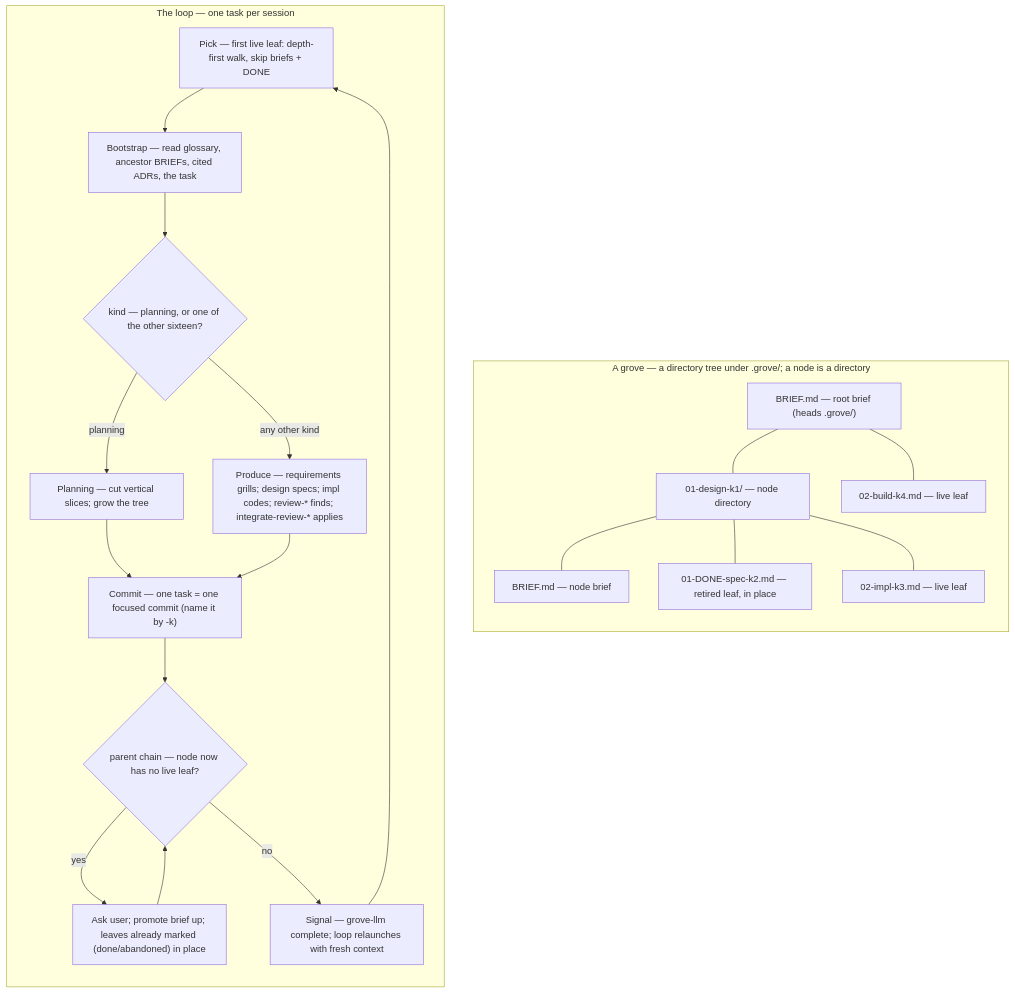
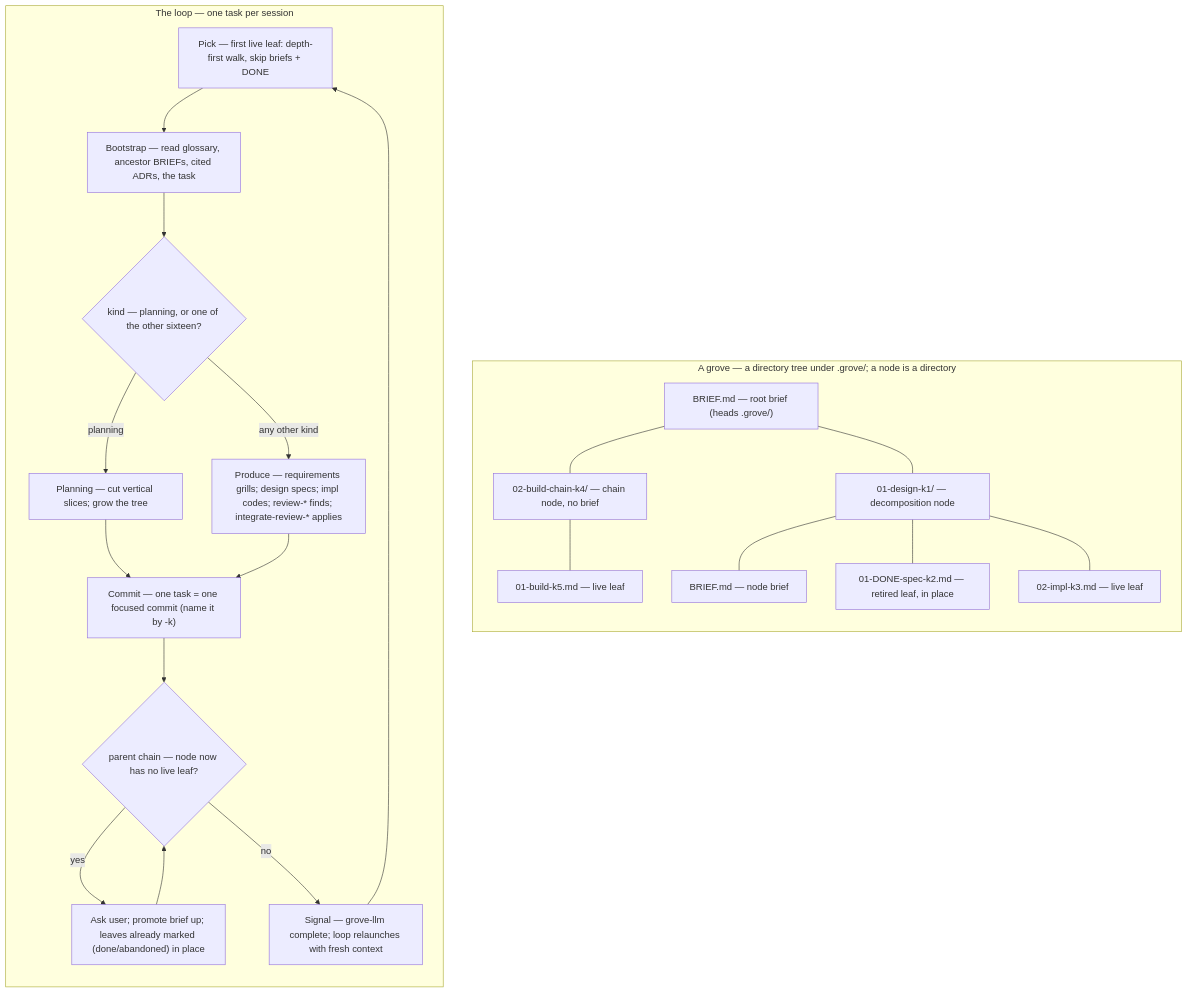
One commit to Linkuistics/grove changed the diagram in content/SKILL.md. Above: the diagram before and after it, drawn with Mermaid. The commit also changed other lines of this file and 13 other files, not shown here.

First line of the commit message:
chain-node-k9: leaf-add-chain and leaf-add-pair write a chain node

````diff
--- a/content/SKILL.md
+++ b/content/SKILL.md
@@ -13,35 +13,37 @@
 ```mermaid
 flowchart TD
   subgraph tree["A grove — a directory tree under .grove/; a node is a directory"]
     direction TB
     root["BRIEF.md — root brief (heads .grove/)"]
-    n1["01-design-k1/ — node directory"]
+    n1["01-design-k1/ — decomposition node"]
     nb1["BRIEF.md — node brief"]
     l1["01-DONE-spec-k2.md — retired leaf, in place"]
     l2["02-impl-k3.md — live leaf"]
-    n2["02-build-k4.md — live leaf"]
+    n2["02-build-chain-k4/ — chain node, no brief"]
+    c1["01-build-k5.md — live leaf"]
     root --- n1
     root --- n2
+    n2 --- c1
     n1 --- nb1
     n1 --- l1
     n1 --- l2
   end
   subgraph loop["The loop — one task per session"]
     direction TB
     pick["Pick — first live leaf: depth-first walk, skip briefs + DONE"]
     boot["Bootstrap — read glossary, ancestor BRIEFs, cited ADRs, the task"]
     exec{"kind — planning, or one of the other sixteen?"}
     plan["Planning — cut vertical slices; grow the tree"]
     work["Produce — requirements grills; design specs; impl codes; review-* finds; integrate-review-* applies"]
     commit["Commit — one task = one focused commit (name it by <slug>-k<key>)"]
     retire{"parent chain — node now has no live leaf?"}
     ret["Ask user; promote brief up; leaves already marked (done/abandoned) in place"]
     signal["Signal — grove-llm complete; loop relaunches with fresh context"]
     pick --> boot --> exec
     exec -->|planning| plan --> commit
     exec -->|any other kind| work --> commit
     commit --> retire
     retire -->|yes| ret --> retire
     retire -->|no| signal --> pick
   end
 ```
````
